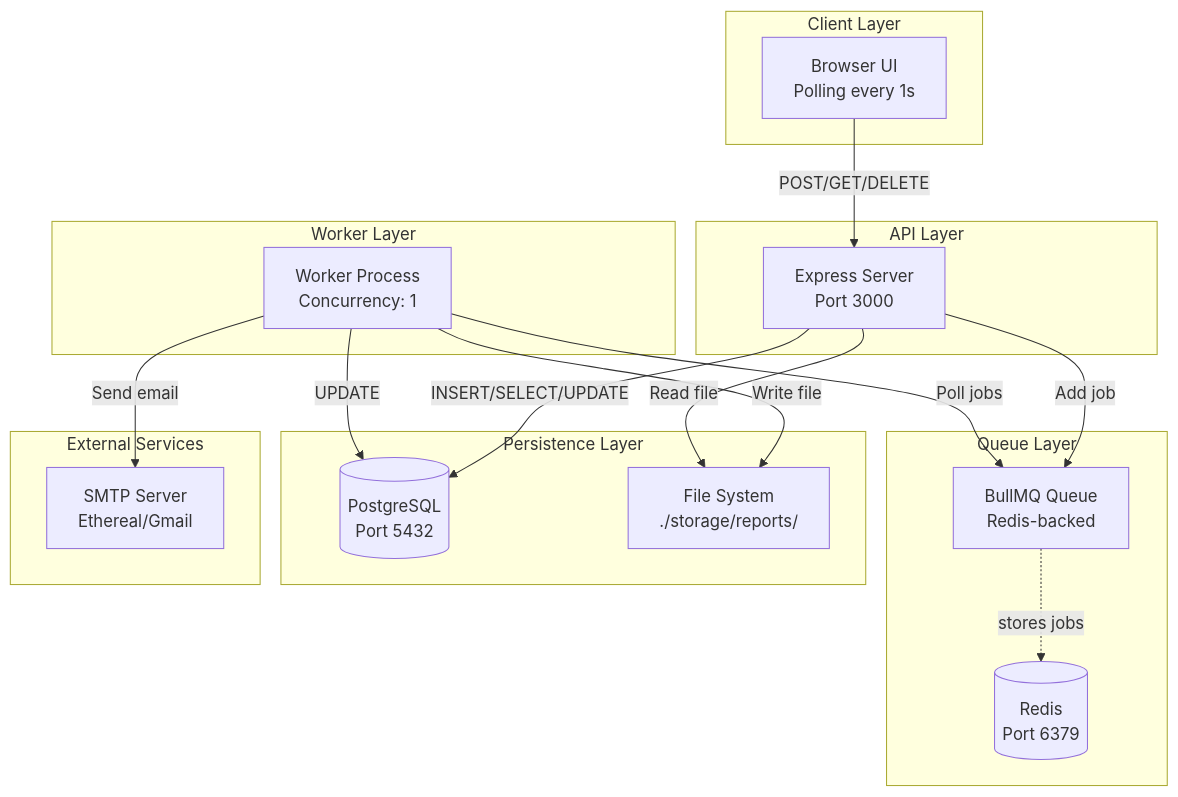
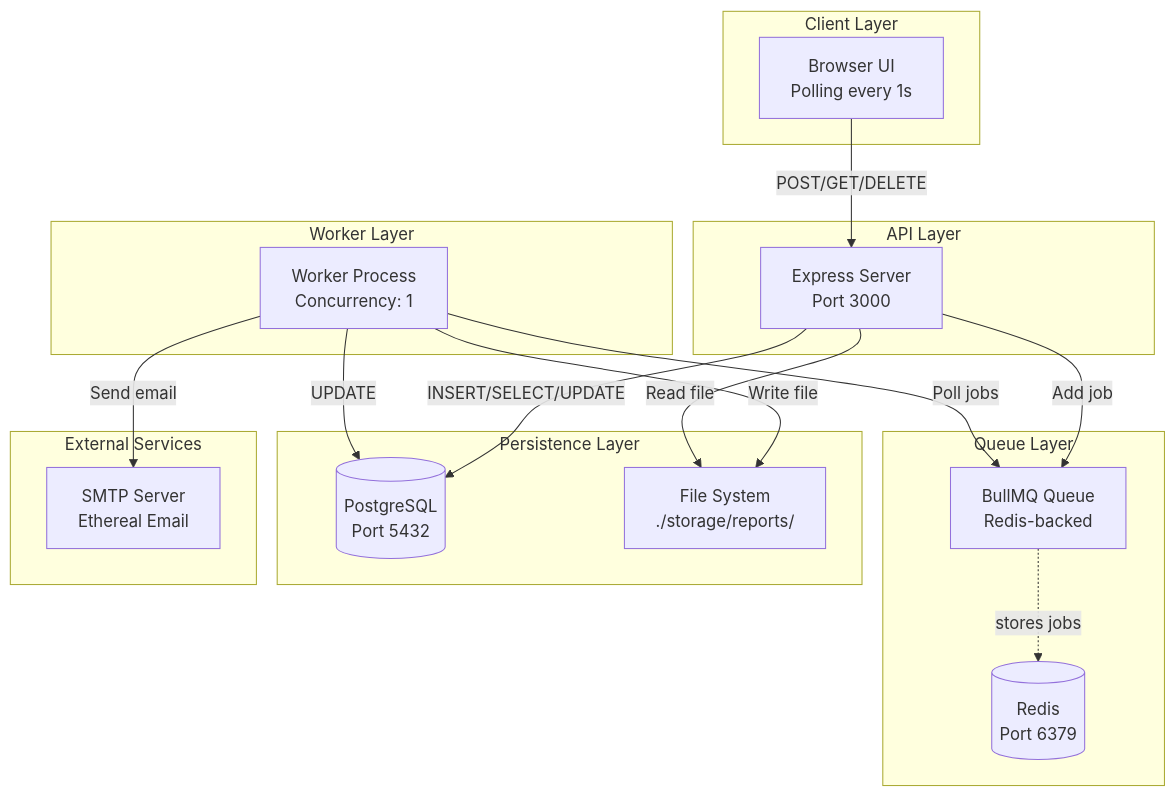
The second of 4 diagrams in README.md (berTrindade/bullmq-report-generator), drawn with Mermaid before and after one commit. The commit also changed 1 other file, not shown here.

Commit message:
fix: update email configuration to use Ethereal service for testing

````diff
--- a/README.md
+++ b/README.md
@@ -106,38 +106,38 @@
 ```mermaid
 graph TB
     subgraph Client["Client Layer"]
         UI[Browser UI<br/>Polling every 1s]
     end
     
     subgraph API["API Layer"]
         Express[Express Server<br/>Port 3000]
     end
     
     subgraph Queue["Queue Layer"]
         BullMQ[BullMQ Queue<br/>Redis-backed]
         Redis[(Redis<br/>Port 6379)]
     end
     
     subgraph Worker["Worker Layer"]
         WorkerProc[Worker Process<br/>Concurrency: 1]
     end
     
     subgraph Data["Persistence Layer"]
         DB[(PostgreSQL<br/>Port 5432)]
         FS[File System<br/>./storage/reports/]
     end
     
     subgraph External["External Services"]
-        SMTP[SMTP Server<br/>Ethereal/Gmail]
+        SMTP[SMTP Server<br/>Ethereal Email]
     end
     
     UI -->|POST/GET/DELETE| Express
     Express -->|INSERT/SELECT/UPDATE| DB
     Express -->|Add job| BullMQ
     BullMQ -.->|stores jobs| Redis
     WorkerProc -->|Poll jobs| BullMQ
     WorkerProc -->|UPDATE| DB
     WorkerProc -->|Write file| FS
     WorkerProc -->|Send email| SMTP
     Express -->|Read file| FS
 ```
````
